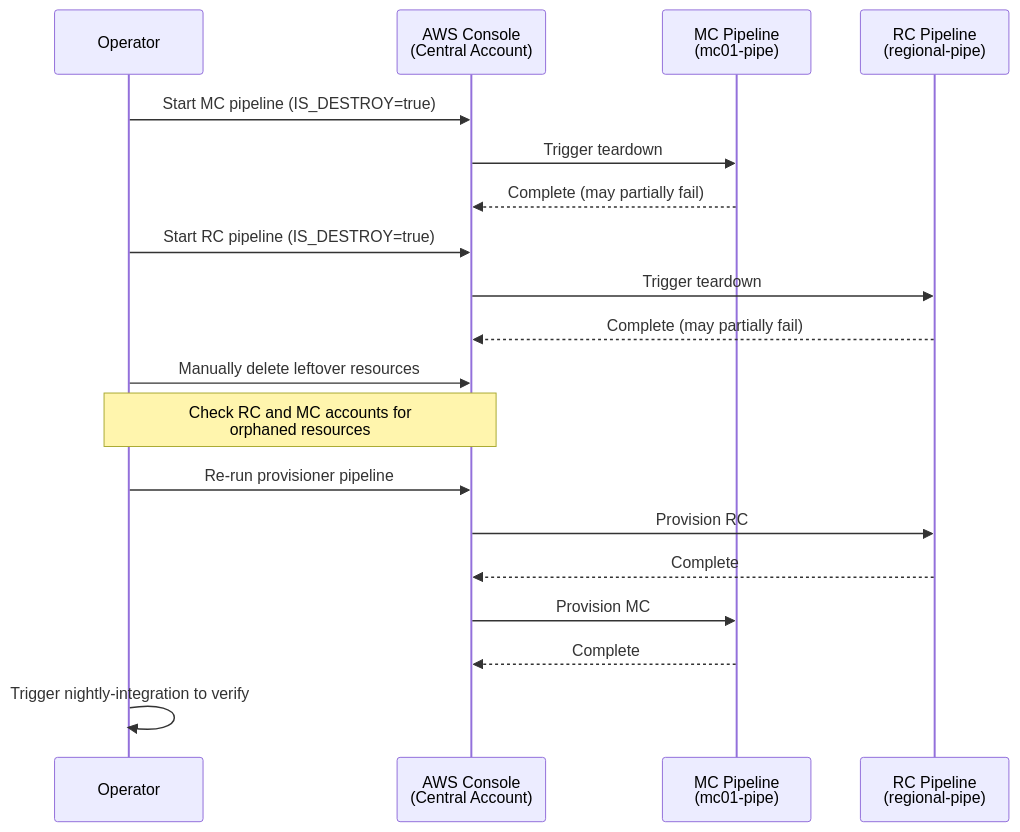
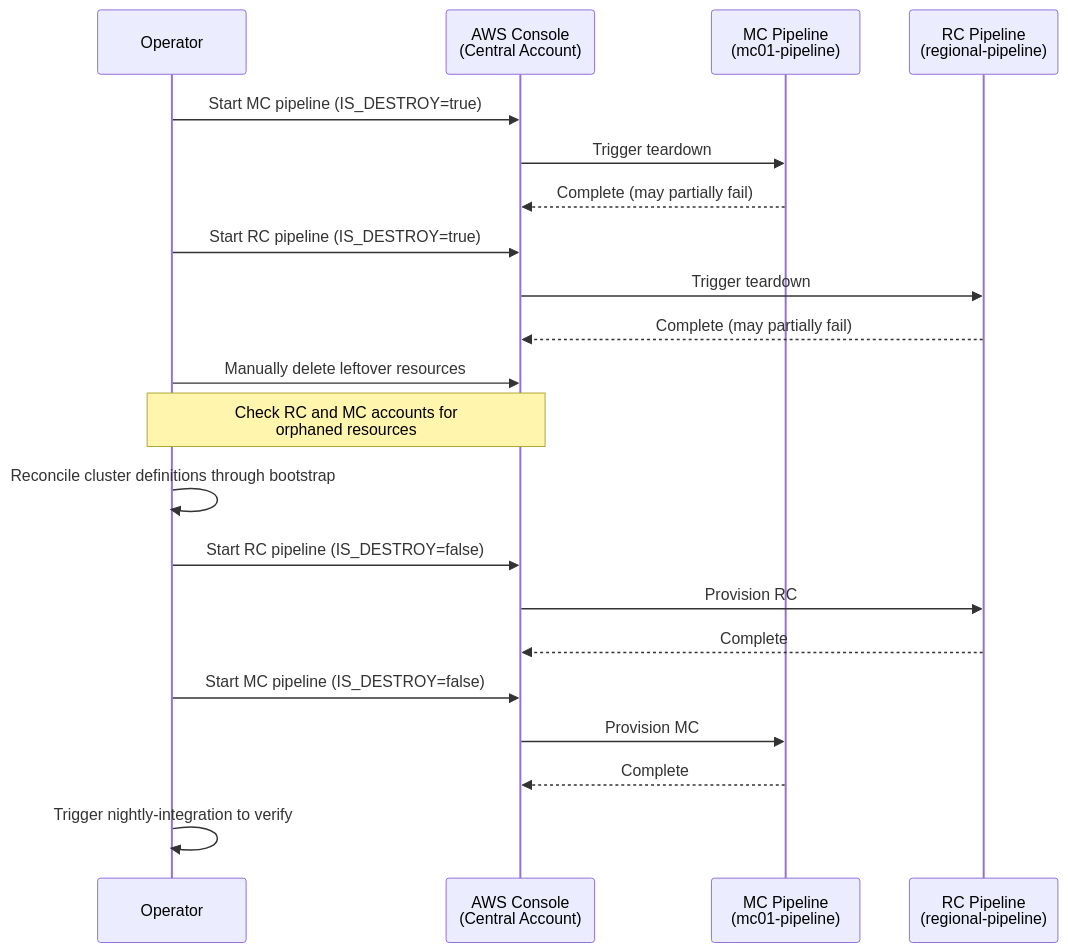
One commit to Alcamech/rosa-hyperfleet changed the diagram in docs/sop/rebuild-integration.md. Above: the diagram before and after it, drawn with Mermaid. The commit also changed other lines of this file and 103 other files, not shown here.

Commit message:
ROSAENG-66716: Simplify provisioning flow

````diff
--- a/docs/sop/rebuild-integration.md
+++ b/docs/sop/rebuild-integration.md
@@ -14,21 +16,23 @@
 ```mermaid
 sequenceDiagram
     participant Operator
     participant Console as AWS Console<br/>(Central Account)
-    participant MC as MC Pipeline<br/>(mc01-pipe)
-    participant RC as RC Pipeline<br/>(regional-pipe)
+    participant MC as MC Pipeline<br/>(mc01-pipeline)
+    participant RC as RC Pipeline<br/>(regional-pipeline)
     Operator->>Console: Start MC pipeline (IS_DESTROY=true)
     Console->>MC: Trigger teardown
     MC-->>Console: Complete (may partially fail)
     Operator->>Console: Start RC pipeline (IS_DESTROY=true)
     Console->>RC: Trigger teardown
     RC-->>Console: Complete (may partially fail)
     Operator->>Console: Manually delete leftover resources
     Note over Operator,Console: Check RC and MC accounts for<br/>orphaned resources
-    Operator->>Console: Re-run provisioner pipeline
+    Operator->>Operator: Reconcile cluster definitions through bootstrap
+    Operator->>Console: Start RC pipeline (IS_DESTROY=false)
     Console->>RC: Provision RC
     RC-->>Console: Complete
+    Operator->>Console: Start MC pipeline (IS_DESTROY=false)
     Console->>MC: Provision MC
     MC-->>Console: Complete
     Operator->>Operator: Trigger nightly-integration to verify
 ```
````
